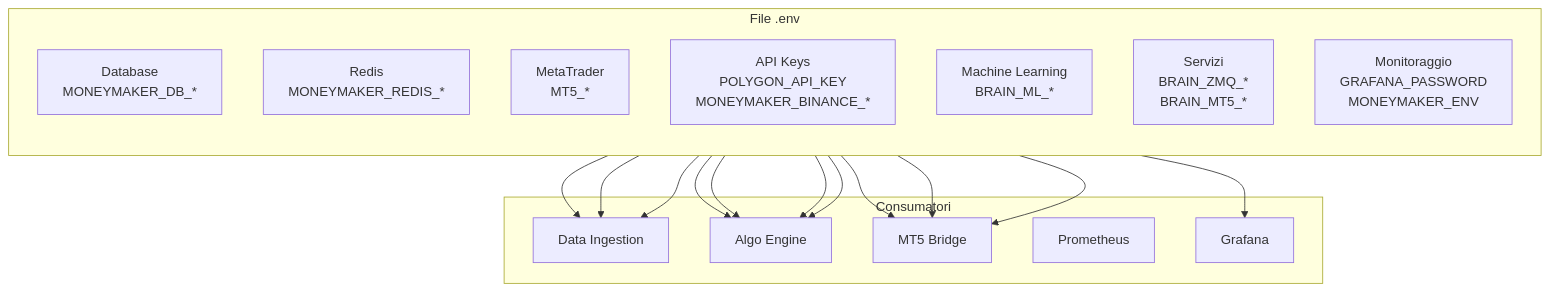
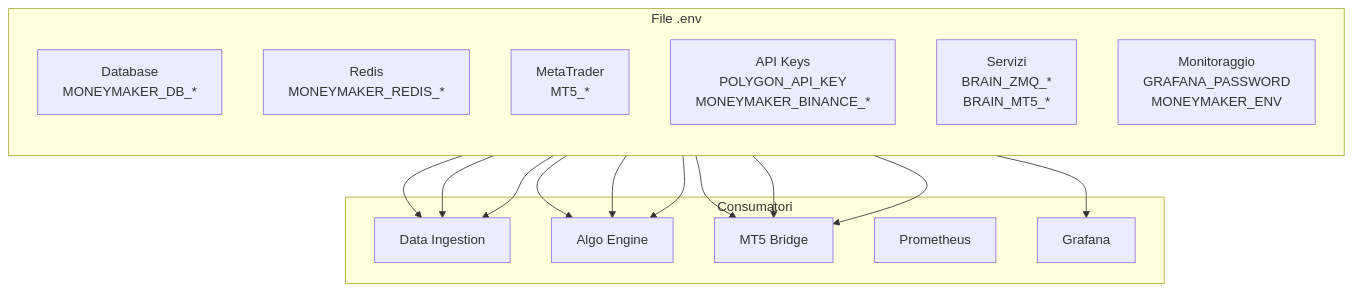
The fourth of 6 diagrams in docs/architecture/sistema-italiano/02_INSTALLAZIONE_E_AVVIO.md (renanaugustomacena-ux/invest-smart), drawn with Mermaid before and after one commit. The commit also changed other lines of this file, not shown here.

````diff
--- a/docs/architecture/sistema-italiano/02_INSTALLAZIONE_E_AVVIO.md
+++ b/docs/architecture/sistema-italiano/02_INSTALLAZIONE_E_AVVIO.md
@@ -437,33 +437,31 @@
 ```mermaid
 flowchart TB
     subgraph ENV["File .env"]
         direction TB
         DB["Database\nMONEYMAKER_DB_*"]
         RDS["Redis\nMONEYMAKER_REDIS_*"]
         MT["MetaTrader\nMT5_*"]
         API["API Keys\nPOLYGON_API_KEY\nMONEYMAKER_BINANCE_*"]
-        ML["Machine Learning\nBRAIN_ML_*"]
         SVC["Servizi\nBRAIN_ZMQ_*\nBRAIN_MT5_*"]
         MON["Monitoraggio\nGRAFANA_PASSWORD\nMONEYMAKER_ENV"]
     end
 
     subgraph Servizi["Consumatori"]
         DI["Data Ingestion"]
         AB["Algo Engine"]
         MB["MT5 Bridge"]
         PM["Prometheus"]
         GF["Grafana"]
     end
 
     DB --> DI
     DB --> AB
     DB --> MB
     RDS --> DI
     RDS --> AB
     RDS --> MB
     MT --> MB
     API --> DI
-    ML --> AB
     SVC --> AB
     MON --> GF
 ```
````
